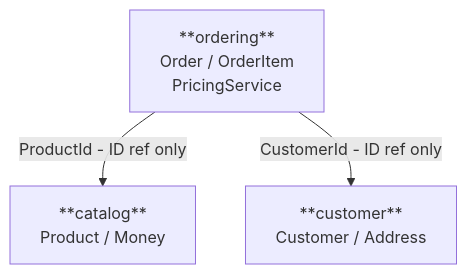
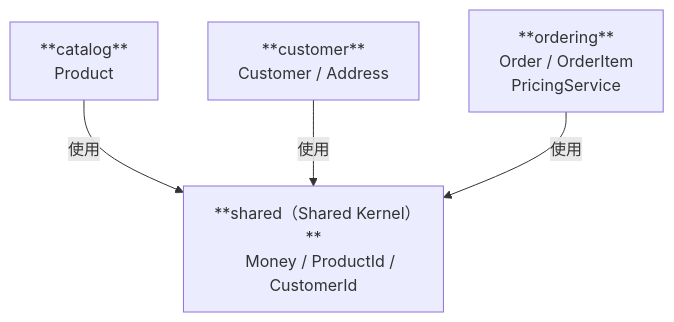
One commit to jimmy0301/Jmolecues-Demo changed the first of 2 diagrams in docs/domain-model.md. Above: the diagram before and after it, drawn with Mermaid. The commit also changed other lines of this file and 26 other files, not shown here.

First line of the commit message:
refactor: add DDD onboarding docs and shared kernel, generalize rules

````diff
--- a/docs/domain-model.md
+++ b/docs/domain-model.md
@@ -9,15 +9,19 @@
 ```mermaid
 graph TD
+    shared["**shared（Shared Kernel）**
+    Money / ProductId / CustomerId"]
+
     ordering["**ordering**
     Order / OrderItem
     PricingService"]
 
     catalog["**catalog**
-    Product / Money"]
+    Product"]
 
     customer["**customer**
     Customer / Address"]
 
-    ordering -->|ProductId - ID ref only| catalog
-    ordering -->|CustomerId - ID ref only| customer
+    catalog -->|使用| shared
+    customer -->|使用| shared
+    ordering -->|使用| shared
 ```
````
